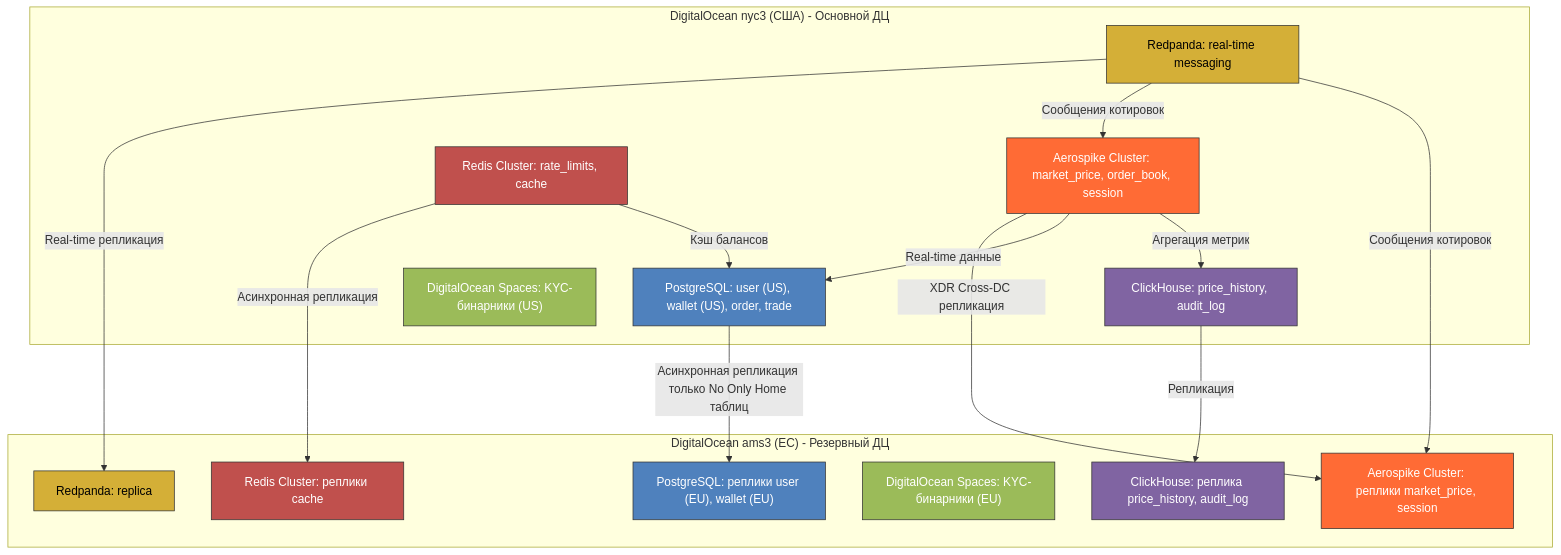
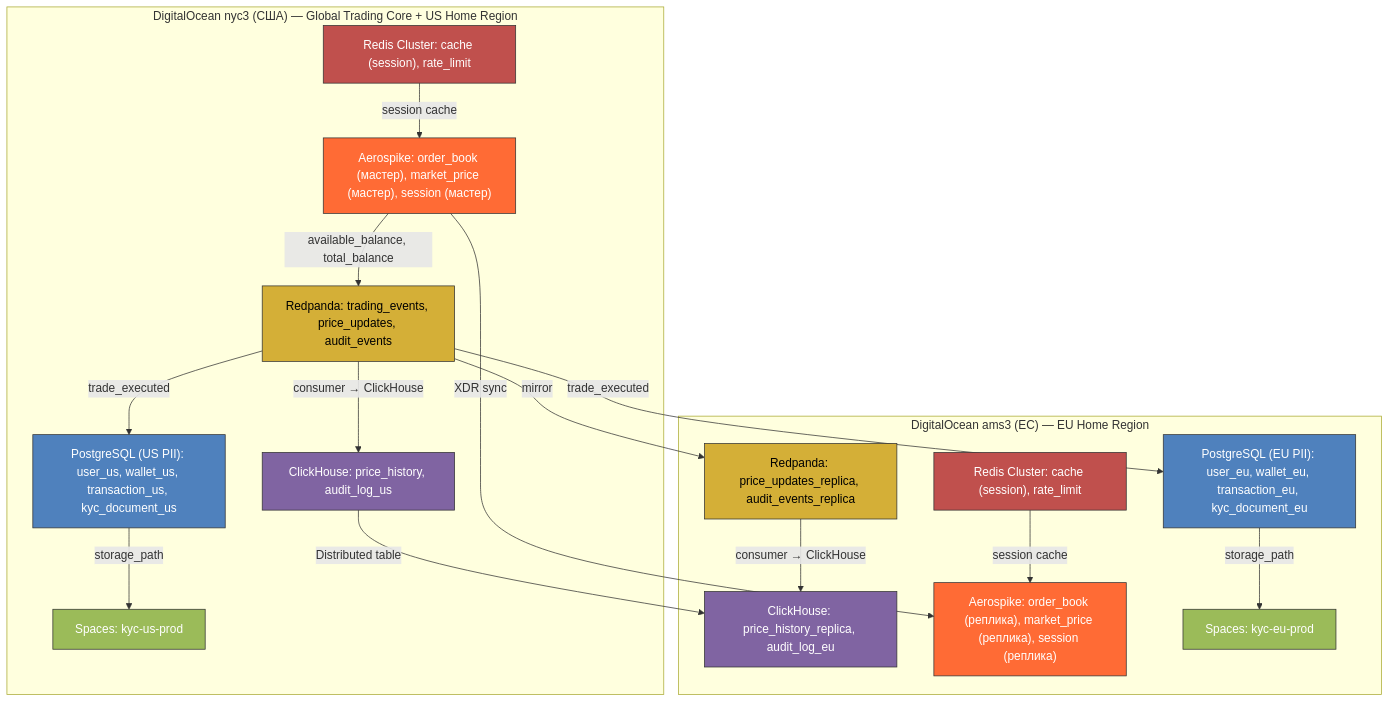
The diagram in README.md (IfroloffI/highload-vk-edu-3-term), drawn with Mermaid before and after one commit. The commit also changed other lines of this file, not shown here.

````diff
--- a/README.md
+++ b/README.md
@@ -398,49 +514,47 @@
 ```mermaid
-%% Физическая архитектура БД
 flowchart TD
-    subgraph nyc3["DigitalOcean nyc3 (США) - Основной ДЦ"]
-        A["PostgreSQL: user (US), wallet (US), order, trade"]
-        B["ClickHouse: price_history, audit_log"]
-        C["Aerospike Cluster: market_price, order_book, session"]
-        D["DigitalOcean Spaces: KYC-бинарники (US)"]
-        F["Redis Cluster: rate_limits, cache"]
-        R["Redpanda: real-time messaging"]
+    subgraph nyc3["DigitalOcean nyc3 (США) — Global Trading Core + US Home Region"]
+        A["PostgreSQL (US PII): user_us, wallet_us, transaction_us, kyc_document_us"]
+        B["ClickHouse: price_history, audit_log_us"]
+        C["Aerospike: order_book (мастер), market_price (мастер), session (мастер)"]
+        D["Spaces: kyc-us-prod"]
+        E["Redis Cluster: cache (session), rate_limit"]
+        F["Redpanda: trading_events, price_updates, audit_events"]
     end
 
-    subgraph ams3["DigitalOcean ams3 (ЕС) - Резервный ДЦ"]
-        G["PostgreSQL: реплики user (EU), wallet (EU)"]
-        H["ClickHouse: реплика price_history, audit_log"]
-        I["Aerospike Cluster: реплики market_price, session"]
-        J["DigitalOcean Spaces: KYC-бинарники (EU)"]
-        L["Redis Cluster: реплики cache"]
-        R2["Redpanda: replica"]
+    subgraph ams3["DigitalOcean ams3 (ЕС) — EU Home Region"]
+        G["PostgreSQL (EU PII): user_eu, wallet_eu, transaction_eu, kyc_document_eu"]
+        H["ClickHouse: price_history_replica, audit_log_eu"]
+        I["Aerospike: order_book (реплика), market_price (реплика), session (реплика)"]
+        J["Spaces: kyc-eu-prod"]
+        K["Redis Cluster: cache (session), rate_limit"]
+        L["Redpanda: price_updates_replica, audit_events_replica"]
     end
 
-    %% Репликация данных
-    A -->|Асинхронная репликация только No Only Home таблиц| G
-    B -->|Репликация| H
-    C -->|XDR Cross-DC репликация| I
-    F -->|Асинхронная репликация| L
-    R -->|Real-time репликация| R2
-    
-    %% Внутренние связи
-    C -->|Real-time данные| A
-    C -->|Агрегация метрик| B
-    F -->|Кэш балансов| A
-    R -->|Сообщения котировок| C
-    R -->|Сообщения котировок| I
+    A -->|storage_path| D
+    G -->|storage_path| J
+    C -->|available_balance, total_balance| F
+    F -->|trade_executed| A
+    F -->|trade_executed| G
+    F -->|consumer → ClickHouse| B
+    L -->|consumer → ClickHouse| H
+    F -->|mirror| L
+    C -->|XDR sync| I
+    B -->|Distributed table| H
+    E -->|session cache| C
+    K -->|session cache| I
 
-    classDef pg fill:#4F81BD,stroke:#333,color:white;
-    classDef ch fill:#8064A2,stroke:#333,color:white;
-    classDef aerospike fill:#FF6B35,stroke:#333,color:white;
-    classDef redis fill:#C0504D,stroke:#333,color:white;
-    classDef spaces fill:#9BBB59,stroke:#333,color:white;
-    classDef redpanda fill:#D4AF37,stroke:#333,color:black;
+    classDef pg fill:#4F81BD,stroke:#333,color:white
+    classDef ch fill:#8064A2,stroke:#333,color:white
+    classDef aerospike fill:#FF6B35,stroke:#333,color:white
+    classDef redis fill:#C0504D,stroke:#333,color:white
+    classDef spaces fill:#9BBB59,stroke:#333,color:white
+    classDef redpanda fill:#D4AF37,stroke:#333,color:black
 
     class A,G pg
     class B,H ch
     class C,I aerospike
-    class F,L redis
+    class E,K redis
     class D,J spaces
-    class R,R2 redpanda
+    class F,L redpanda
 ```
````
